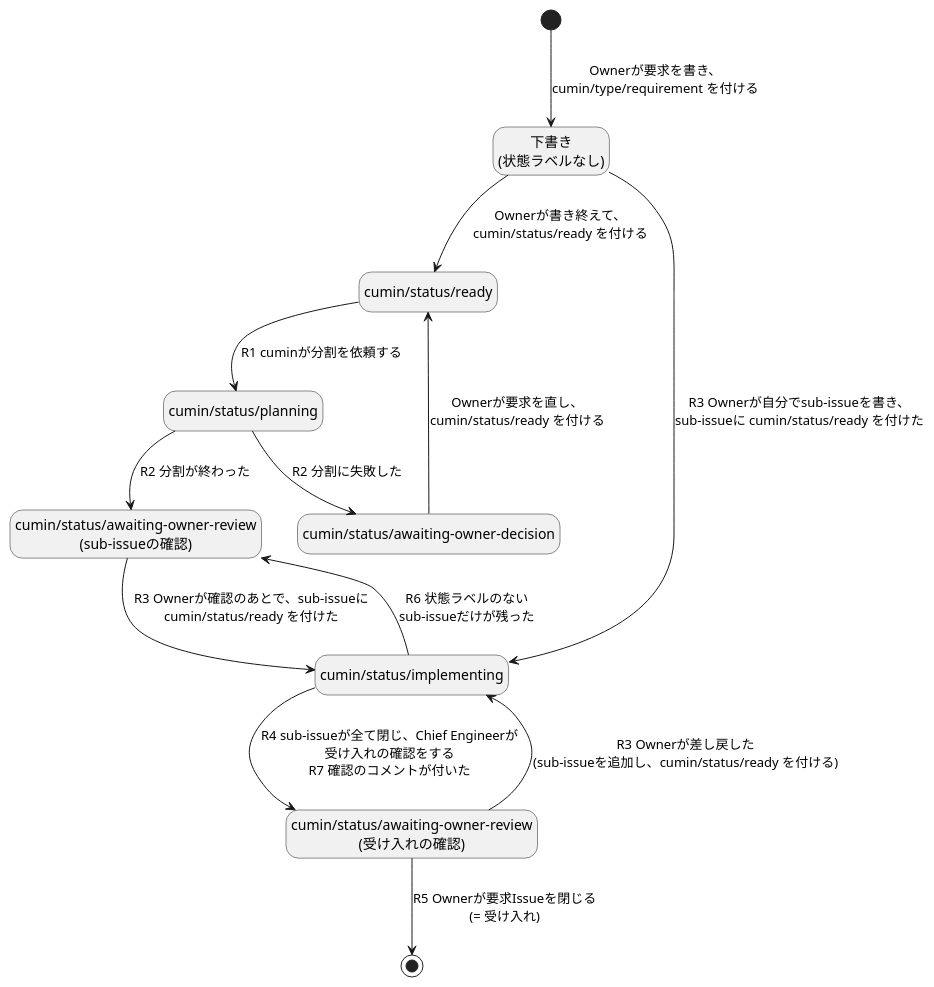
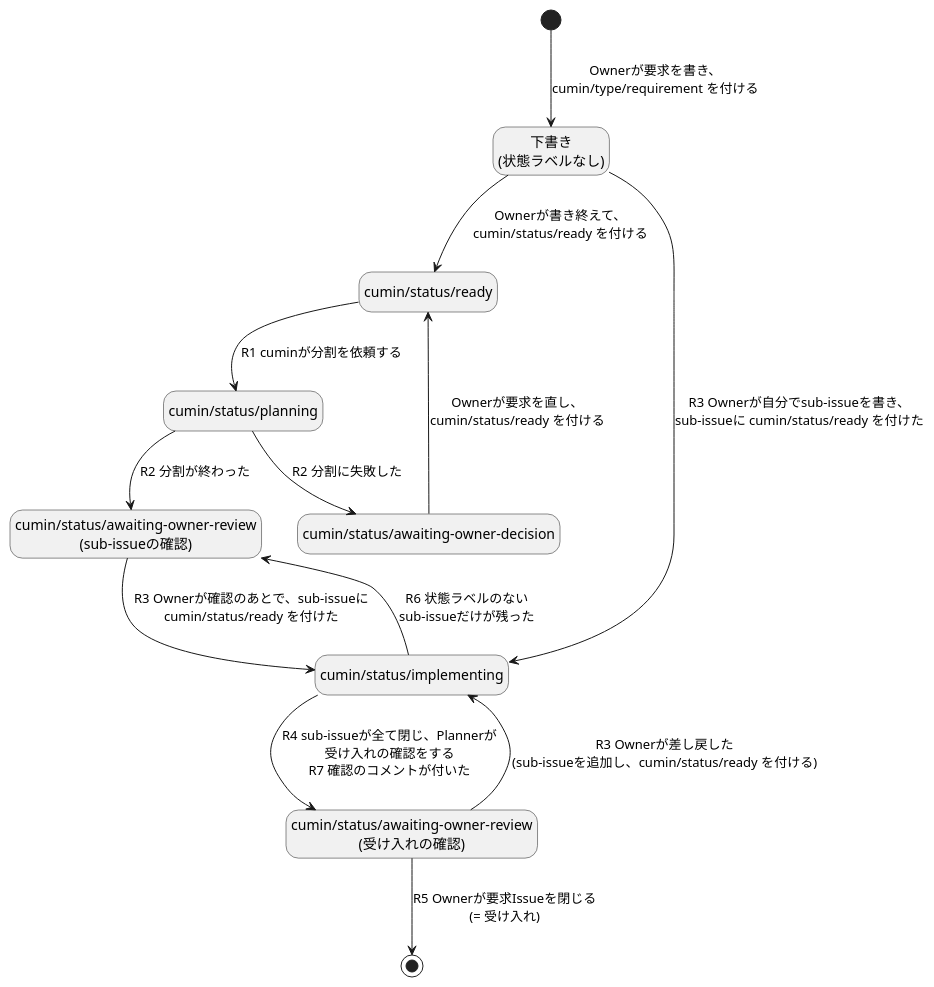
The diagram in docs/ja/requirements/workflow/requirement-issue-states.puml (cloveclovedev/cumin-works), drawn with PlantUML before and after one commit. The commit also changed 50 other files, not shown here.

```diff
--- a/docs/ja/requirements/workflow/requirement-issue-states.puml
+++ b/docs/ja/requirements/workflow/requirement-issue-states.puml
@@ -1,29 +1,29 @@
 @startuml requirement-issue-states
 ' cumin works v2 - 要求Issueの状態遷移
 ' 状態はGitHubのラベルで表す。遷移の番号 (R1など) は issue-states.md の表に対応する。
 ' SVGの書き出し: リポジトリの直下で scripts/render-diagrams.sh を実行する。
 
 hide empty description
 
 state "下書き\n(状態ラベルなし)" as Draft
 state "cumin/status/ready" as Ready
 state "cumin/status/planning" as Planning
 state "cumin/status/awaiting-owner-review\n(sub-issueの確認)" as PlanReview
 state "cumin/status/implementing" as Implementing
 state "cumin/status/awaiting-owner-review\n(受け入れの確認)" as Acceptance
 state "cumin/status/awaiting-owner-decision" as Decision
 
 [*] --> Draft : Ownerが要求を書き、\ncumin/type/requirement を付ける
 Draft --> Ready : Ownerが書き終えて、\ncumin/status/ready を付ける
 Draft --> Implementing : R3 Ownerが自分でsub-issueを書き、\nsub-issueに cumin/status/ready を付けた
 Planning --> PlanReview : R2 分割が終わった
 Planning --> Decision : R2 分割に失敗した
 Decision --> Ready : Ownerが要求を直し、\ncumin/status/ready を付ける
 Ready --> Planning : R1 cuminが分割を依頼する
 PlanReview --> Implementing : R3 Ownerが確認のあとで、sub-issueに\ncumin/status/ready を付けた
-Implementing --> Acceptance : R4 sub-issueが全て閉じ、Chief Engineerが\n受け入れの確認をする\nR7 確認のコメントが付いた
+Implementing --> Acceptance : R4 sub-issueが全て閉じ、Plannerが\n受け入れの確認をする\nR7 確認のコメントが付いた
 Implementing --> PlanReview : R6 状態ラベルのない\nsub-issueだけが残った
 Acceptance --> Implementing : R3 Ownerが差し戻した\n(sub-issueを追加し、cumin/status/ready を付ける)
 Acceptance --> [*] : R5 Ownerが要求Issueを閉じる\n(= 受け入れ)
 
 @enduml
```
